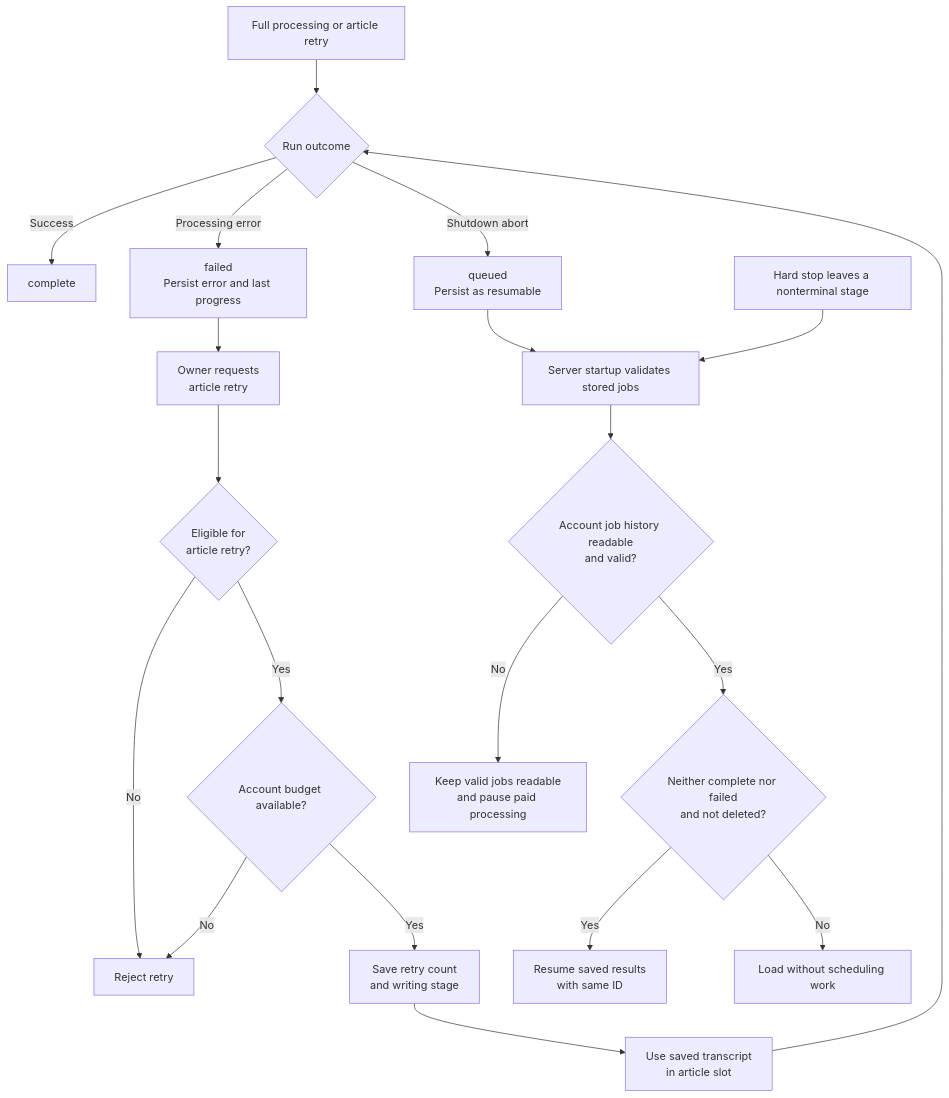
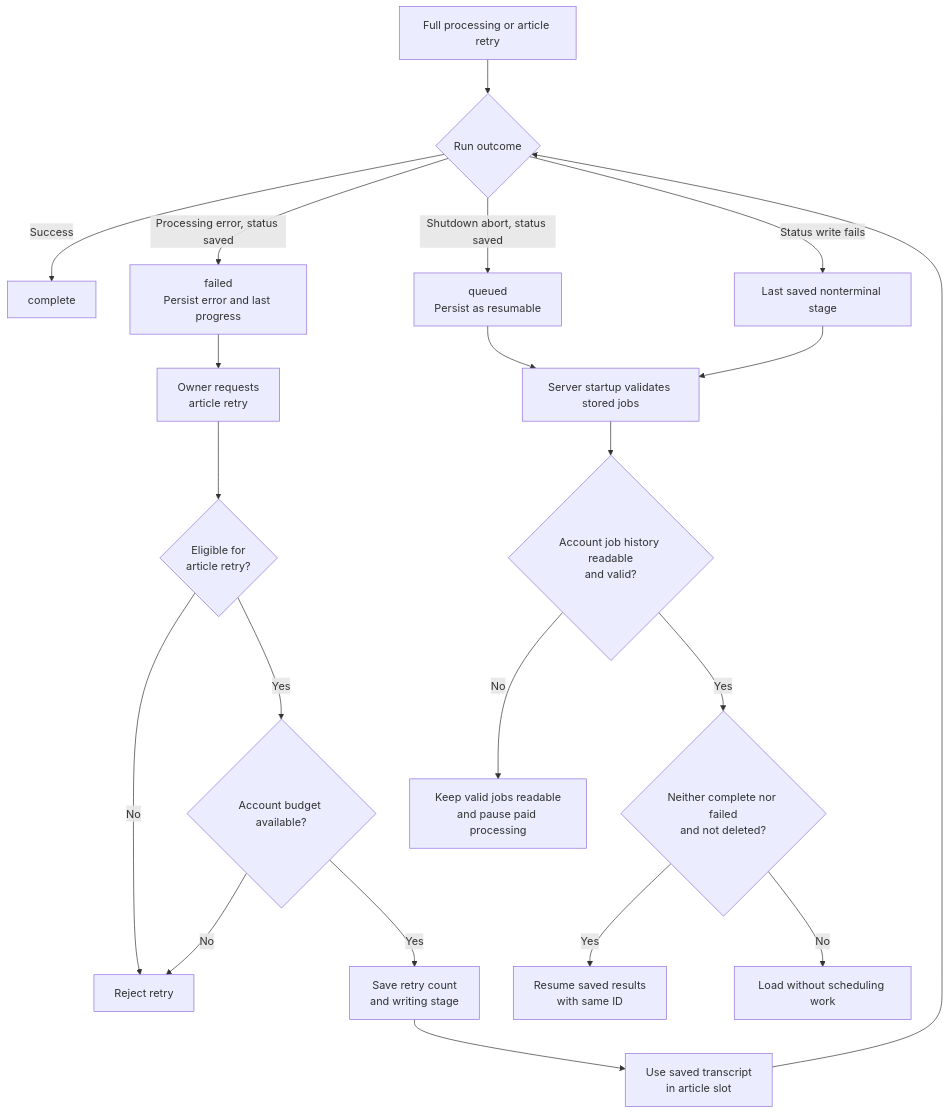
One commit to rogierslag/podcast2article changed the second of 6 diagrams in docs/SERVICE-FLOWS.md. Above: the diagram before and after it, drawn with Mermaid. The commit also changed other lines of this file and 7 other files, not shown here.

````diff
--- a/docs/SERVICE-FLOWS.md
+++ b/docs/SERVICE-FLOWS.md
@@ -70,22 +70,23 @@
 ```mermaid
 flowchart TD
     Run["Full processing or article retry"] --> Outcome{"Run outcome"}
     Outcome -->|Success| Complete["complete"]
-    Outcome -->|Processing error| Failed["failed<br/>Persist error and last progress"]
-    Outcome -->|Shutdown abort| Queued["queued<br/>Persist as resumable"]
+    Outcome -->|Processing error, status saved| Failed["failed<br/>Persist error and last progress"]
+    Outcome -->|Shutdown abort, status saved| Queued["queued<br/>Persist as resumable"]
+    Outcome -->|Status write fails| Interrupted
     Failed --> Retry["Owner requests<br/>article retry"]
     Retry --> Eligible{"Eligible for<br/>article retry?"}
     Eligible -->|No| Reject["Reject retry"]
     Eligible -->|Yes| Budget{"Account budget available?"}
     Budget -->|No| Reject
     Budget -->|Yes| Save["Save retry count<br/>and writing stage"]
     Save --> Article["Use saved transcript<br/>in article slot"]
     Article --> Outcome
     Queued --> Startup["Server startup validates stored jobs"]
-    Interrupted["Hard stop leaves a nonterminal stage"] --> Startup
+    Interrupted["Last saved nonterminal stage"] --> Startup
     Startup --> History{"Account job history readable<br/>and valid?"}
     History -->|No| Pause["Keep valid jobs readable<br/>and pause paid processing"]
     History -->|Yes| Recover{"Neither complete nor failed<br/>and not deleted?"}
     Recover -->|Yes| Full["Resume saved results<br/>with same ID"]
     Recover -->|No| Retain["Load without scheduling work"]
 ```
````
